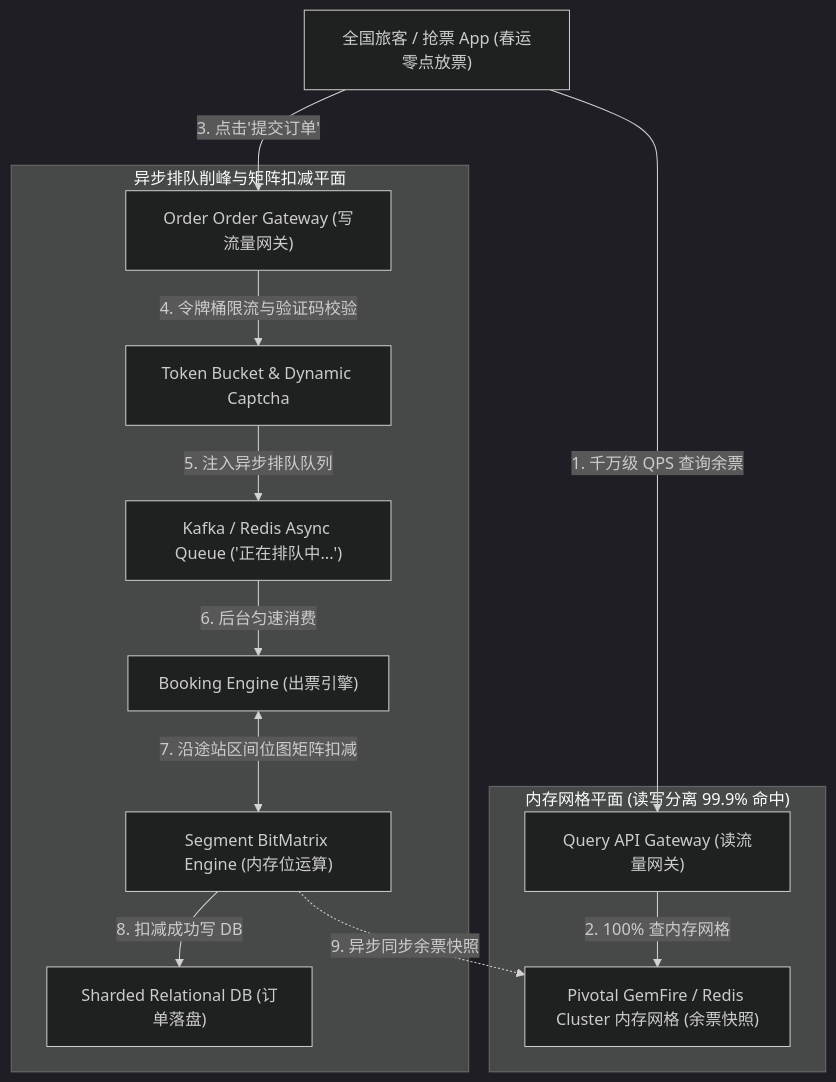
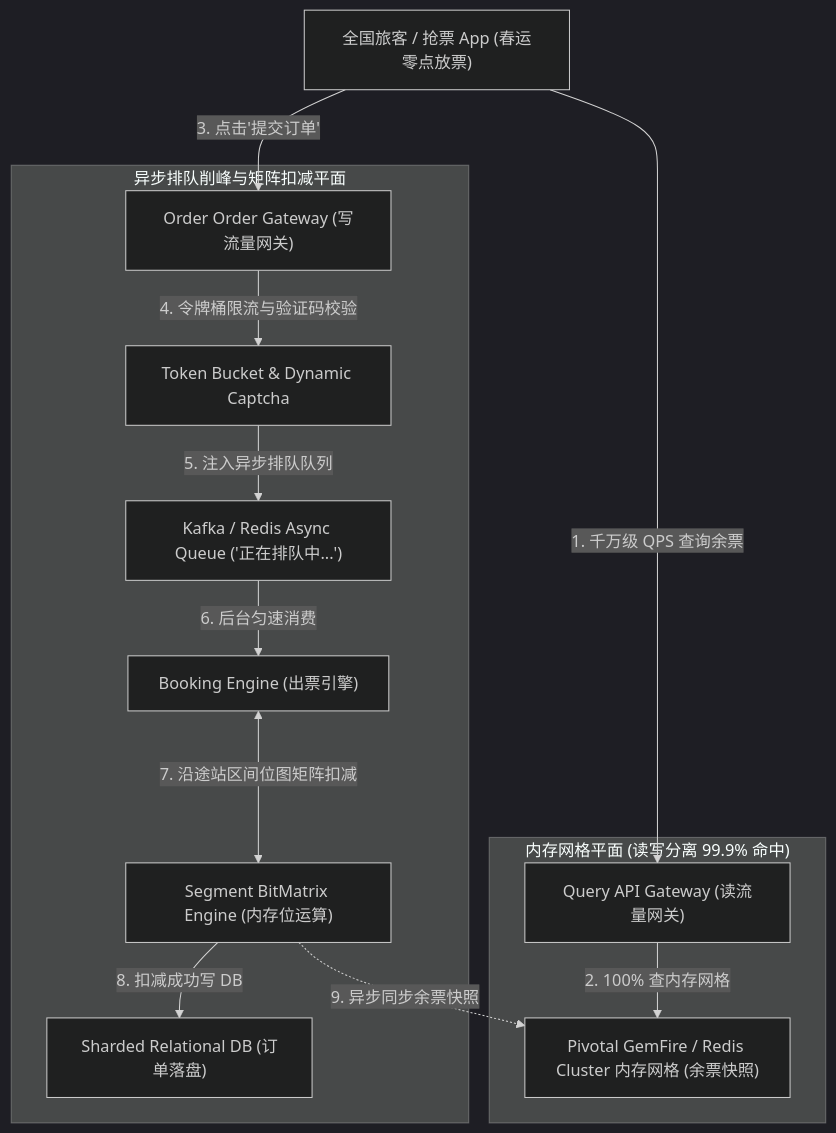
Before and after one commit to koosai/AI-Architect-Learning: the first of 6 diagrams in docs/atlas/12306.mdx, drawn with Mermaid (dark theme). The commit also changed other lines of this file and 68 other files, not shown here.

Commit message:
fix(atlas): fix browser client-side Mermaid rendering for mindmaps and flowcharts across 67 case studies

````diff
--- a/docs/atlas/12306.mdx
+++ b/docs/atlas/12306.mdx
@@ -49,19 +49,19 @@
 ```mermaid
 graph TD
   UserApp["全国旅客 / 抢票 App (春运零点放票)"] -->|1. 千万级 QPS 查询余票| QueryGW["Query API Gateway (读流量网关)"]
   
   subgraph MemoryGridPlane["内存网格平面 (读写分离 99.9% 命中)"]
     QueryGW -->|2. 100% 查内存网格| GemFireCache["Pivotal GemFire / Redis Cluster 内存网格 (余票快照)"]
   end
   
   UserApp -->|3. 点击'提交订单'| OrderGW["Order Order Gateway (写流量网关)"]
 
   subgraph AsyncQueueingPlane["异步排队削峰与矩阵扣减平面"]
     OrderGW -->|4. 令牌桶限流与验证码校验| TokenBucket["Token Bucket & Dynamic Captcha"]
     TokenBucket -->|5. 注入异步排队队列| AsyncQueue["Kafka / Redis Async Queue ('正在排队中...')"]
     AsyncQueue -->|6. 后台匀速消费| BookingEngine["Booking Engine (出票引擎)"]
-    BookingEngine <-->|7. 沿途站区间位图矩阵扣减| BitMatrixEngine["Segment BitMatrix Engine (内存位运算)"]
+    BookingEngine <--->|7. 沿途站区间位图矩阵扣减| BitMatrixEngine["Segment BitMatrix Engine (内存位运算)"]
     BitMatrixEngine -->|8. 扣减成功写 DB| ShardedDB["Sharded Relational DB (订单落盘)"]
     BitMatrixEngine -.->|9. 异步同步余票快照| GemFireCache
   end
 ```
````
